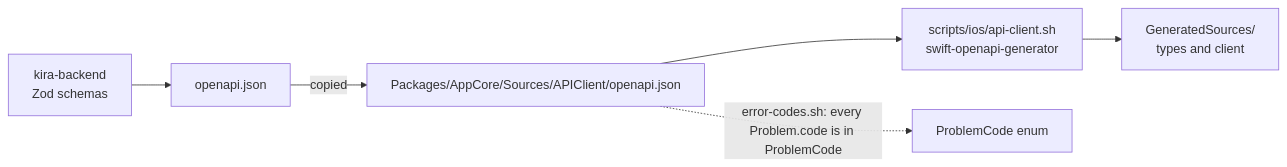
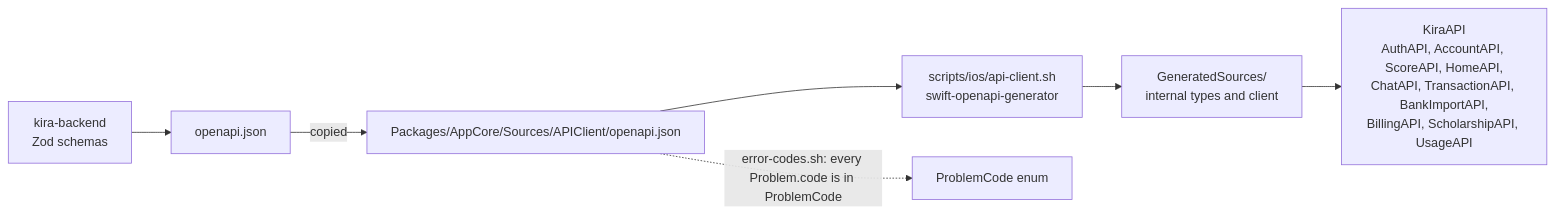
The fifth of 7 diagrams in README.md (Kira-iOS-Project/kira-mobile-ios), drawn with Mermaid before and after one commit. The commit also changed other lines of this file and 2 other files, not shown here.

````diff
--- a/README.md
+++ b/README.md
@@ -270,8 +319,9 @@
 ```mermaid
 flowchart LR
   be["kira-backend<br/>Zod schemas"] --> spec["openapi.json"]
   spec -- "copied" --> copy["Packages/AppCore/Sources/APIClient/openapi.json"]
   copy --> script["scripts/ios/api-client.sh<br/>swift-openapi-generator"]
-  script --> gen["GeneratedSources/<br/>types and client"]
+  script --> gen["GeneratedSources/<br/>internal types and client"]
+  gen --> kira["KiraAPI<br/>AuthAPI, AccountAPI, ScoreAPI, HomeAPI,<br/>ChatAPI, TransactionAPI, BankImportAPI,<br/>BillingAPI, ScholarshipAPI, UsageAPI"]
   copy -. "error-codes.sh: every Problem.code is in ProblemCode" .-> pc["ProblemCode enum"]
 ```
````
